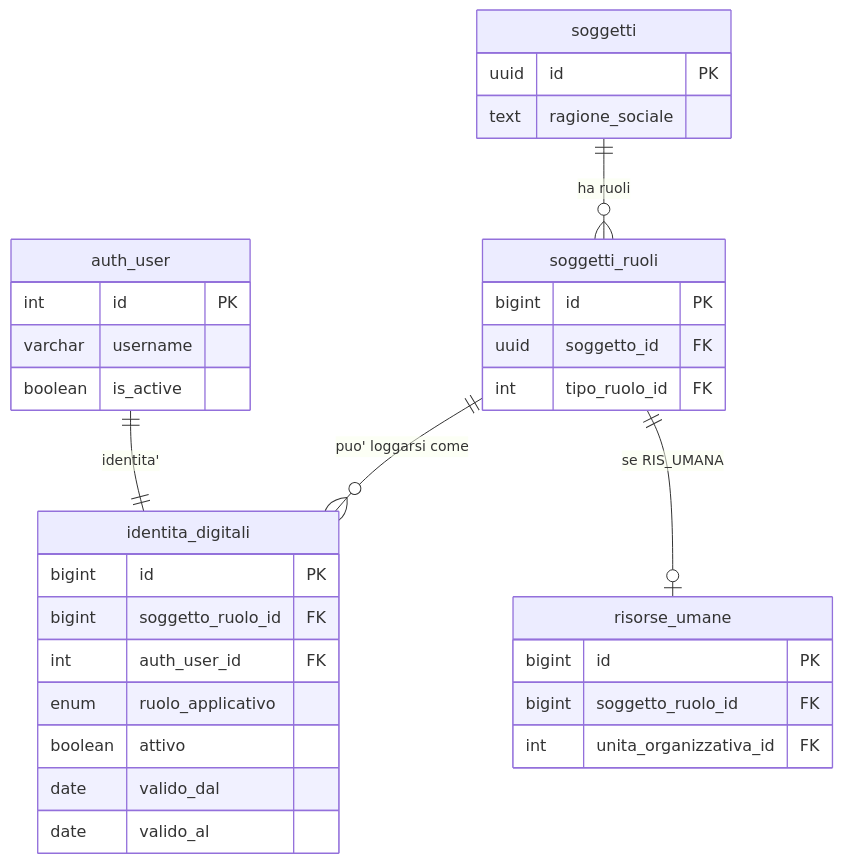
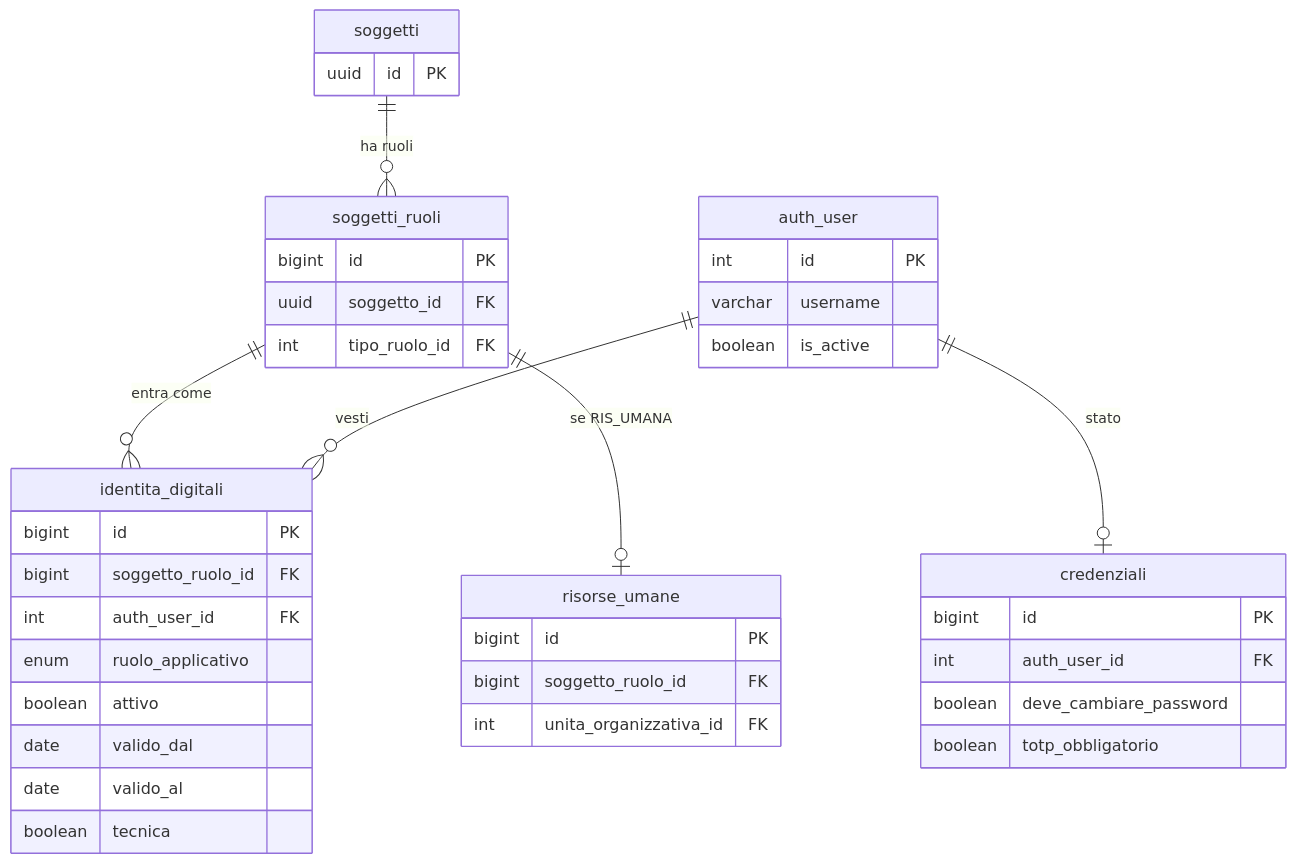
One commit to Tito-it/ZeroErp changed the first of 3 diagrams in docs/it/guide/architettura-multi-face-auth.md. Above: the diagram before and after it, drawn with Mermaid. The commit also changed other lines of this file and 83 other files, not shown here.

````diff
--- a/docs/it/guide/architettura-multi-face-auth.md
+++ b/docs/it/guide/architettura-multi-face-auth.md
@@ -738,40 +478,43 @@
 ```mermaid
 erDiagram
     soggetti {
         uuid id PK
-        text ragione_sociale
     }
-
     soggetti_ruoli {
         bigint id PK
         uuid soggetto_id FK
         int tipo_ruolo_id FK
     }
-
     identita_digitali {
         bigint id PK
         bigint soggetto_ruolo_id FK
         int auth_user_id FK
         enum ruolo_applicativo
         boolean attivo
         date valido_dal
         date valido_al
+        boolean tecnica
     }
-
     auth_user {
         int id PK
         varchar username
         boolean is_active
     }
-
+    credenziali {
+        bigint id PK
+        int auth_user_id FK
+        boolean deve_cambiare_password
+        boolean totp_obbligatorio
+    }
     risorse_umane {
         bigint id PK
         bigint soggetto_ruolo_id FK
         int unita_organizzativa_id FK
     }
 
     soggetti ||--o{ soggetti_ruoli : "ha ruoli"
-    soggetti_ruoli ||--o{ identita_digitali : "puo' loggarsi come"
-    auth_user ||--|| identita_digitali : "identita'"
+    soggetti_ruoli ||--o{ identita_digitali : "entra come"
+    auth_user ||--o{ identita_digitali : "vesti"
+    auth_user ||--o| credenziali : "stato"
     soggetti_ruoli ||--o| risorse_umane : "se RIS_UMANA"
 ```
````
